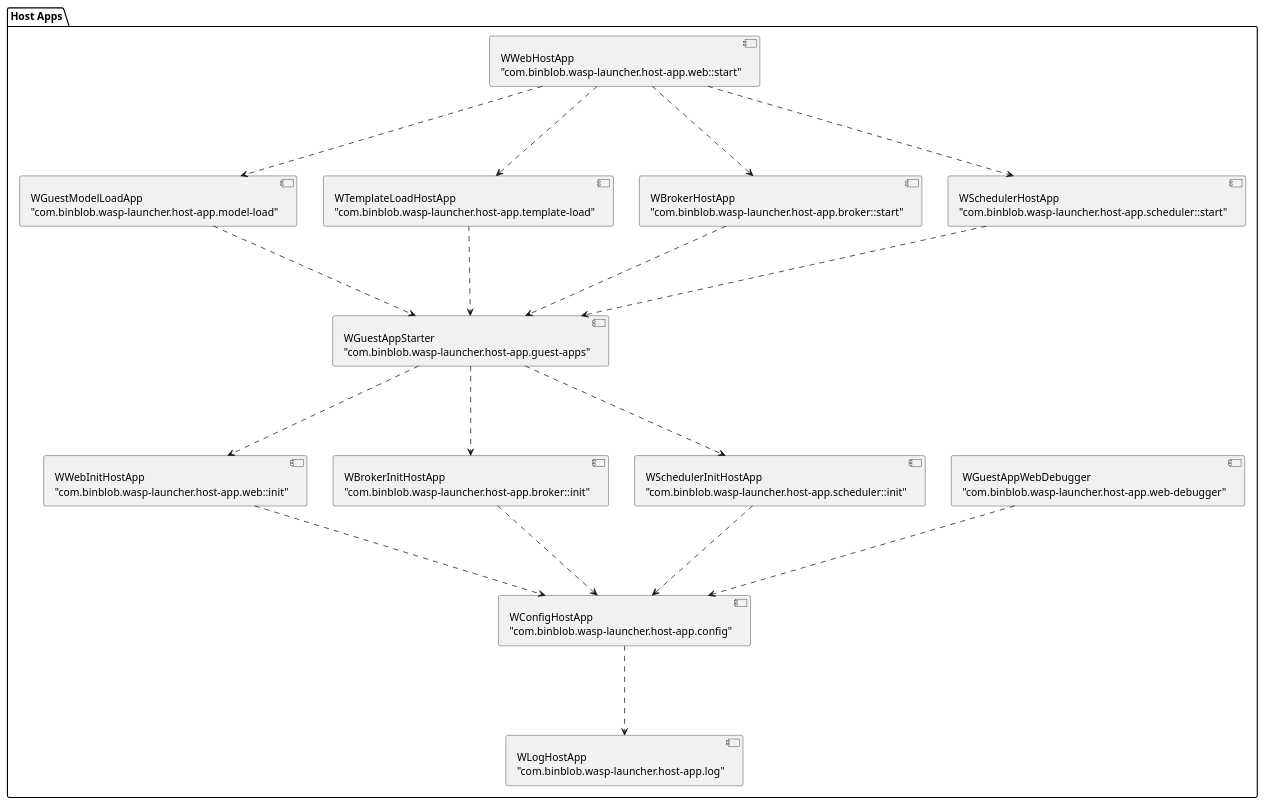
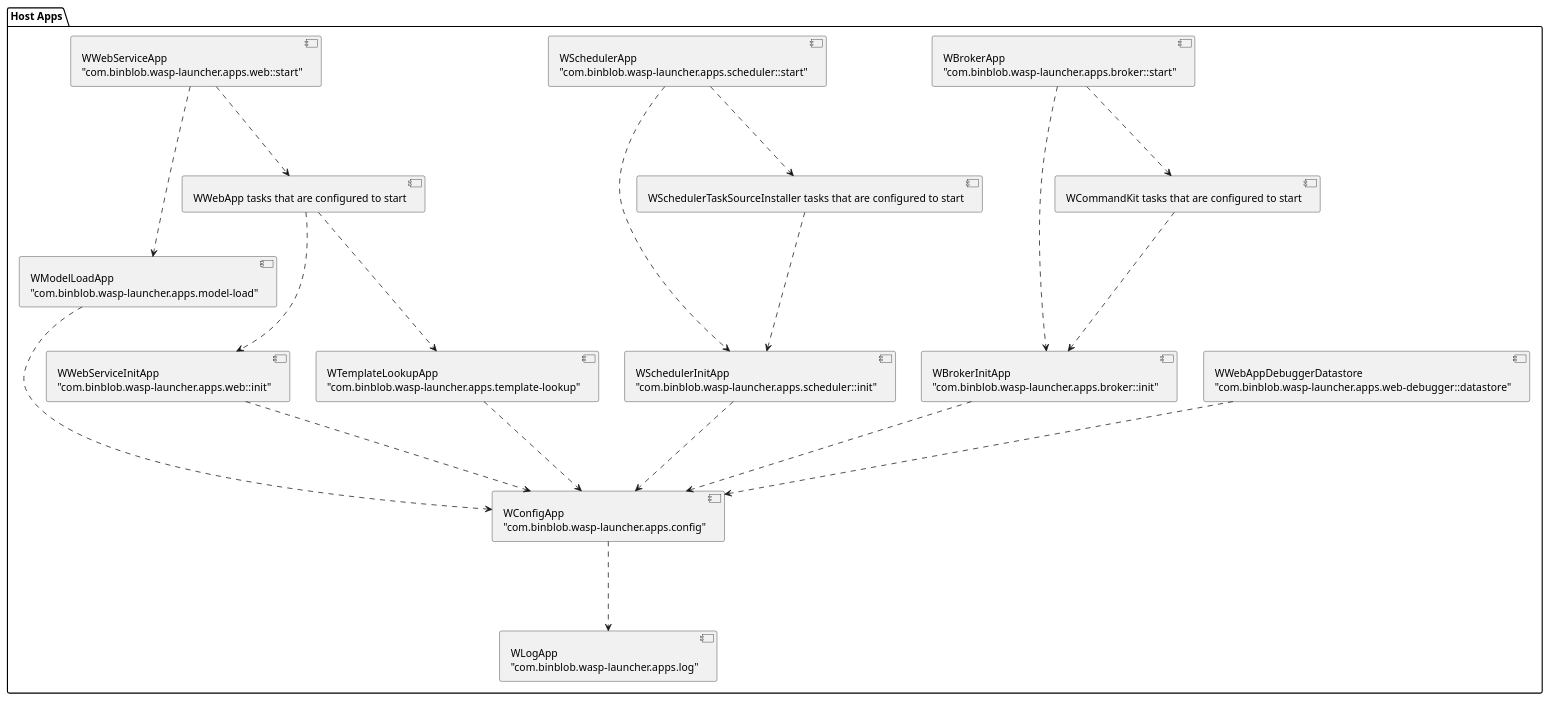
One commit to a1ezzz/wasp-launcher changed the diagram in docs/sphinx/apps.puml. Above: the diagram before and after it, drawn with PlantUML. The commit also changed 3 other files, not shown here.

Commit message:
Merging host apps and guest apps. Step #10 (final) final renames and docs update

```diff
--- a/docs/sphinx/apps.puml
+++ b/docs/sphinx/apps.puml
@@ -1,86 +1,94 @@
 @startuml
 
 package "Host Apps" {
 component log [
-WLogHostApp
-"com.binblob.wasp-launcher.host-app.log"
+WLogApp
+"com.binblob.wasp-launcher.apps.log"
 ]
 
 component config [
-WConfigHostApp
-"com.binblob.wasp-launcher.host-app.config"
+WConfigApp
+"com.binblob.wasp-launcher.apps.config"
 ]
 
 component debugger [
-WGuestAppWebDebugger
-"com.binblob.wasp-launcher.host-app.web-debugger"
+WWebAppDebuggerDatastore
+"com.binblob.wasp-launcher.apps.web-debugger::datastore"
 ]
 
 component web_init [
-WWebInitHostApp
-"com.binblob.wasp-launcher.host-app.web::init"
+WWebServiceInitApp
+"com.binblob.wasp-launcher.apps.web::init"
 ]
 
 component broker_init [
-WBrokerInitHostApp
-"com.binblob.wasp-launcher.host-app.broker::init"
+WBrokerInitApp
+"com.binblob.wasp-launcher.apps.broker::init"
 ]
 
 component scheduler_init [
-WSchedulerInitHostApp
-"com.binblob.wasp-launcher.host-app.scheduler::init"
-]
-
-component starter [
-WGuestAppStarter
-"com.binblob.wasp-launcher.host-app.guest-apps"
+WSchedulerInitApp
+"com.binblob.wasp-launcher.apps.scheduler::init"
 ]
 
 component model [
-WGuestModelLoadApp
-"com.binblob.wasp-launcher.host-app.model-load"
+WModelLoadApp
+"com.binblob.wasp-launcher.apps.model-load"
 ]
 
 component template [
-WTemplateLoadHostApp
-"com.binblob.wasp-launcher.host-app.template-load"
+WTemplateLookupApp
+"com.binblob.wasp-launcher.apps.template-lookup"
+]
+
+component broker_apps [
+WCommandKit tasks that are configured to start
 ]
 
 component broker_start [
-WBrokerHostApp
-"com.binblob.wasp-launcher.host-app.broker::start"
+WBrokerApp
+"com.binblob.wasp-launcher.apps.broker::start"
+]
+
+component scheduler_apps [
+WSchedulerTaskSourceInstaller tasks that are configured to start
 ]
 
 component scheduler_start [
-WSchedulerHostApp
-"com.binblob.wasp-launcher.host-app.scheduler::start"
+WSchedulerApp
+"com.binblob.wasp-launcher.apps.scheduler::start"
+]
+
+component web_apps [
+WWebApp tasks that are configured to start
 ]
 
 component web_start [
-WWebHostApp
-"com.binblob.wasp-launcher.host-app.web::start"
+WWebServiceApp
+"com.binblob.wasp-launcher.apps.web::start"
 ]
 
 config .-down-> log
 debugger .-down-> config
 web_init .-down-> config
 broker_init .-down-> config
 scheduler_init .-down-> config
 
-starter .-down-> web_init
-starter .-down-> broker_init
-starter .-down-> scheduler_init
+broker_apps .-down-> broker_init
+broker_start .-down-> broker_init
+broker_start .-down-> broker_apps
 
-model .-down-> starter
-template .-down-> starter
-broker_start .-down-> starter
-scheduler_start .-down-> starter
+model .-down-> config
+template .-down-> config
 
+scheduler_apps .-down-> scheduler_init
+scheduler_start .-down-> scheduler_init
+scheduler_start .-down-> scheduler_apps
+
+web_apps .-down-> web_init
+web_apps .-down-> template
 web_start .-down-> model
-web_start .-down-> template
-web_start .-down-> broker_start
-web_start .-down-> scheduler_start
-
+web_start .-down-> web_apps
 }
 
 @enduml
```
